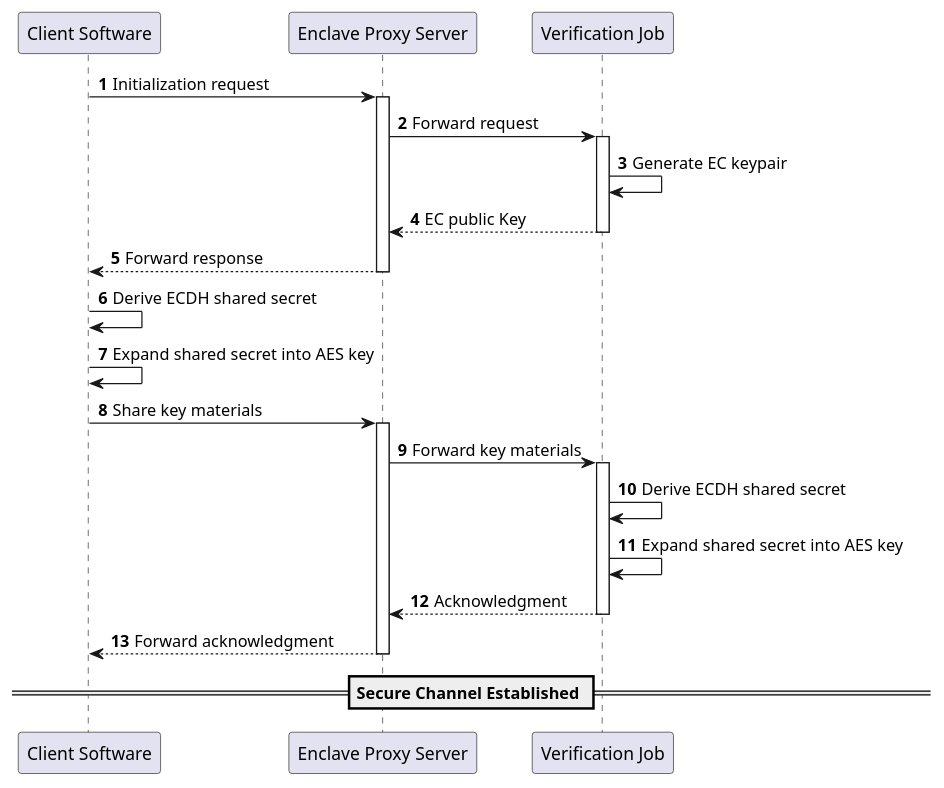
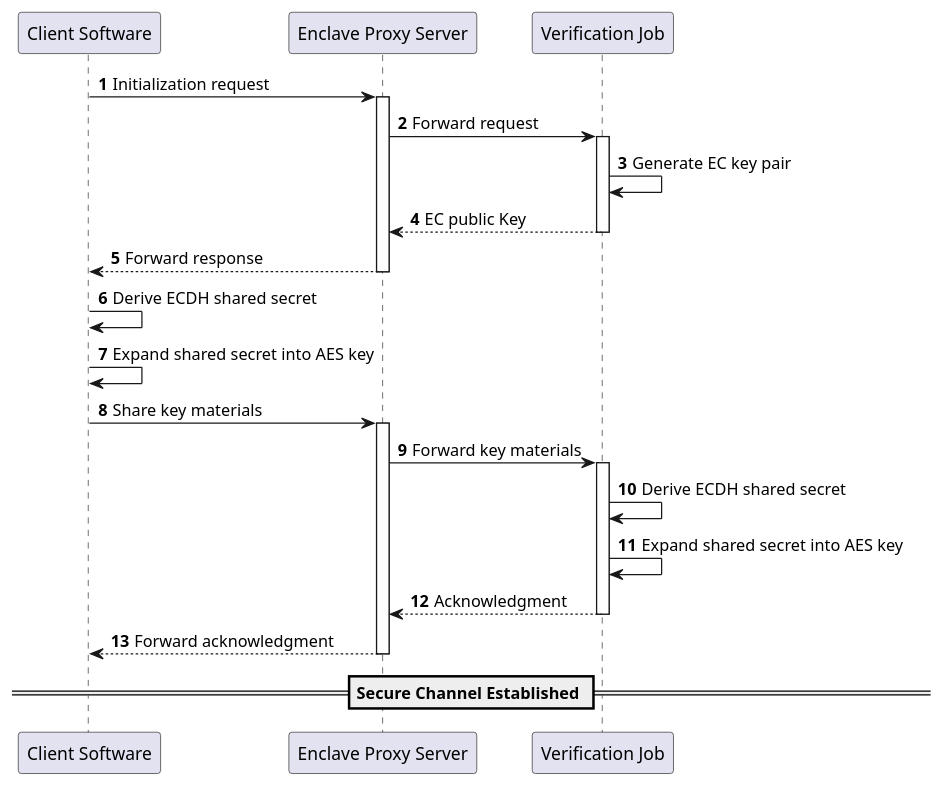
The diagram in doc/kep.puml (Breinich/CMCaaS), drawn with PlantUML before and after one commit.

```diff
--- a/doc/kep.puml
+++ b/doc/kep.puml
@@ -1,28 +1,28 @@
 @startuml
 
 autonumber
 
 "Client Software" as client -> "Enclave Proxy Server" as proxy: Initialization request
 activate proxy
 proxy -> "Verification Job" as enclave: Forward request
 activate enclave
-enclave -> enclave: Generate EC keypair
+enclave -> enclave: Generate EC key pair
 enclave --> proxy: EC public Key
 deactivate enclave
 proxy --> client: Forward response
 deactivate proxy
 client -> client : Derive ECDH shared secret
 client -> client : Expand shared secret into AES key
 client -> proxy : Share key materials
 activate proxy
 proxy -> enclave: Forward key materials
 activate enclave
 enclave -> enclave : Derive ECDH shared secret
 enclave -> enclave : Expand shared secret into AES key
 
 enclave --> proxy : Acknowledgment
 deactivate enclave
 proxy --> client : Forward acknowledgment
 deactivate proxy
 == Secure Channel Established ==
 @enduml
```
